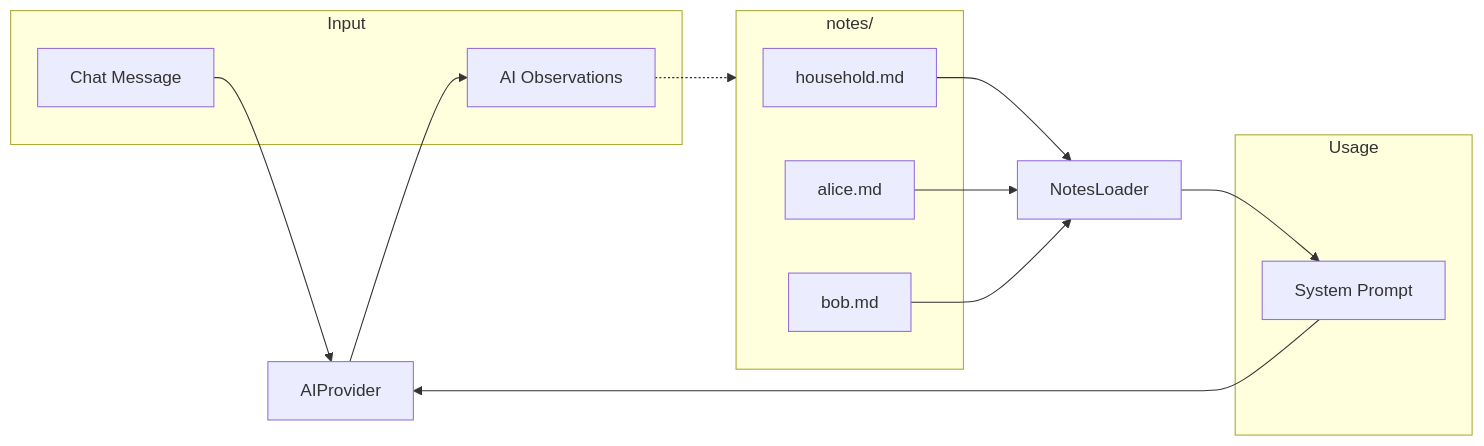
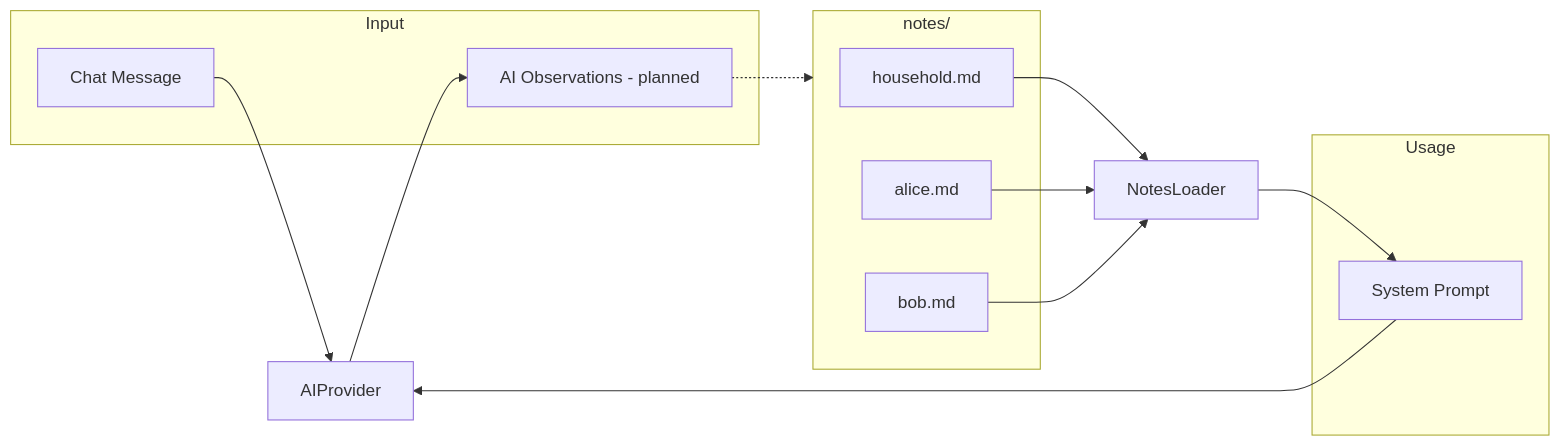
The fourth of 5 diagrams in docs/ARCHITECTURE.md (StevenGann/Gregory), drawn with Mermaid before and after one commit. The commit also changed other lines of this file and 15 other files, not shown here.

````diff
--- a/docs/ARCHITECTURE.md
+++ b/docs/ARCHITECTURE.md
@@ -111,26 +111,26 @@
 ```mermaid
 flowchart LR
     subgraph input [Input]
         Chat[Chat Message]
-        Observations[AI Observations]
+        Observations[AI Observations - planned]
     end
 
     subgraph notes_dir [notes/]
         household[household.md]
         alice[alice.md]
         bob[bob.md]
     end
 
     subgraph usage [Usage]
         SystemPrompt[System Prompt]
     end
 
     household --> NotesLoader
     alice --> NotesLoader
     bob --> NotesLoader
     NotesLoader --> SystemPrompt
     SystemPrompt --> AIProvider
     Chat --> AIProvider
     AIProvider --> Observations
     Observations -.-> notes_dir
 ```
````
